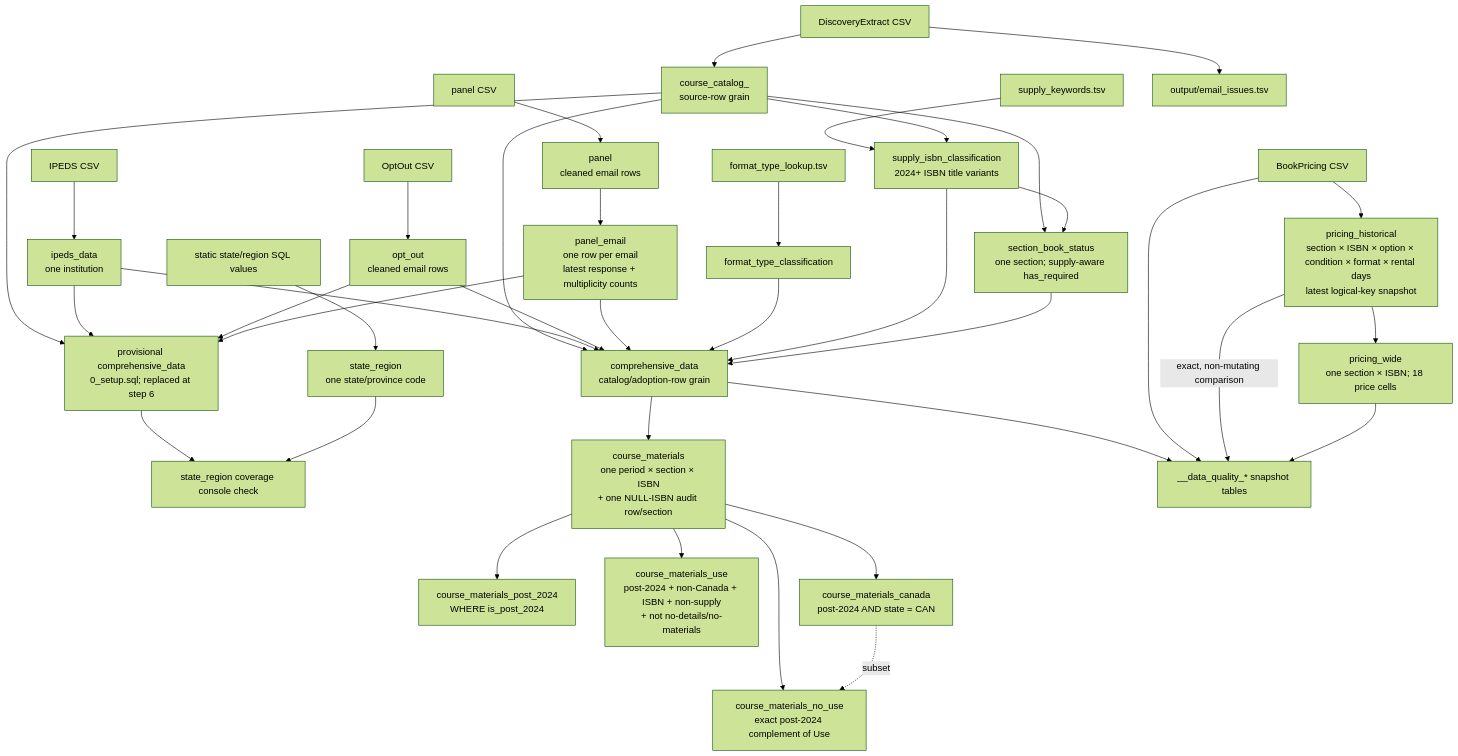
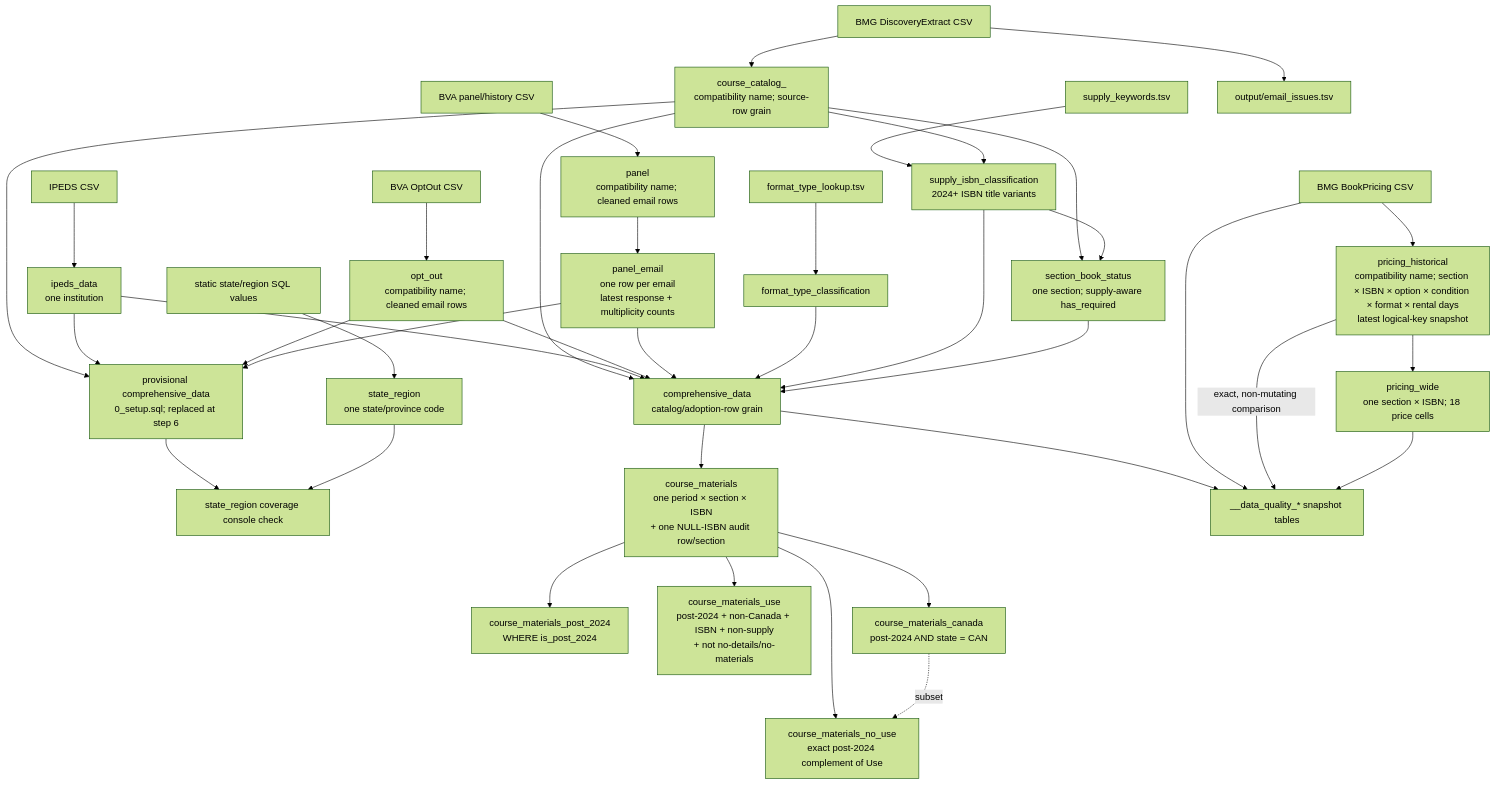
The second of 4 diagrams in SCHEMA.md (christopherseaman/commodoreSQL), drawn with Mermaid (forest theme) before and after one commit. The commit also changed other lines of this file and 18 other files, not shown here.

Commit message:
feat: align mailing flow and complete data dictionary

````diff
--- a/SCHEMA.md
+++ b/SCHEMA.md
@@ -219,41 +238,41 @@
 ```mermaid
 flowchart TD
-    catalog_csv["DiscoveryExtract CSV"] --> catalog["course_catalog_<date><br/>source-row grain"]
+    catalog_csv["BMG DiscoveryExtract CSV"] --> catalog["course_catalog_<date><br/>compatibility name; source-row grain"]
     ipeds_csv["IPEDS CSV"] --> ipeds["ipeds_data<br/>one institution"]
-    optout_csv["OptOut CSV"] --> optout["opt_out<br/>cleaned email rows"]
-    panel_csv["panel CSV"] --> panel["panel<br/>cleaned email rows"]
+    optout_csv["BVA OptOut CSV"] --> optout["opt_out<br/>compatibility name; cleaned email rows"]
+    panel_csv["BVA panel/history CSV"] --> panel["panel<br/>compatibility name; cleaned email rows"]
     panel --> panel_email["panel_email<br/>one row per email<br/>latest response + multiplicity counts"]
-    pricing_csv["BookPricing CSV"] --> pricing["pricing_historical<br/>section × ISBN × option × condition × format × rental days<br/>latest logical-key snapshot"]
+    pricing_csv["BMG BookPricing CSV"] --> pricing["pricing_historical<br/>compatibility name; section × ISBN × option × condition × format × rental days<br/>latest logical-key snapshot"]
     format_tsv["format_type_lookup.tsv"] --> ftc["format_type_classification"]
     supply_tsv["supply_keywords.tsv"] --> supply["supply_isbn_classification<br/>2024+ ISBN title variants"]
     static_region["static state/region SQL values"] --> region["state_region<br/>one state/province code"]
     catalog_csv --> email_audit["output/email_issues.tsv"]
     catalog --> cd0["provisional comprehensive_data<br/>0_setup.sql; replaced at step 6"]
     ipeds --> cd0
     optout --> cd0
     panel_email --> cd0
     cd0 --> region_check["state_region coverage console check"]
     region --> region_check
     catalog --> supply
     catalog --> sbs["section_book_status<br/>one section; supply-aware has_required"]
     supply --> sbs
     catalog --> cd["comprehensive_data<br/>catalog/adoption-row grain"]
     ipeds --> cd
     optout --> cd
     panel_email --> cd
     ftc --> cd
     supply --> cd
     sbs --> cd
 
     cd --> cm["course_materials<br/>one period × section × ISBN<br/>+ one NULL-ISBN audit row/section"]
     cm --> post24["course_materials_post_2024<br/>WHERE is_post_2024"]
     cm --> use["course_materials_use<br/>post-2024 + non-Canada + ISBN + non-supply<br/>+ not no-details/no-materials"]
     cm --> nouse["course_materials_no_use<br/>exact post-2024 complement of Use"]
     cm --> canada["course_materials_canada<br/>post-2024 AND state = CAN"]
     canada -. "subset" .-> nouse
     pricing --> pw["pricing_wide<br/>one section × ISBN; 18 price cells"]
     cd --> dq["__data_quality_* snapshot tables"]
     pricing_csv --> dq
     pricing -->|"exact, non-mutating comparison"| dq
     pw --> dq
 ```
````
